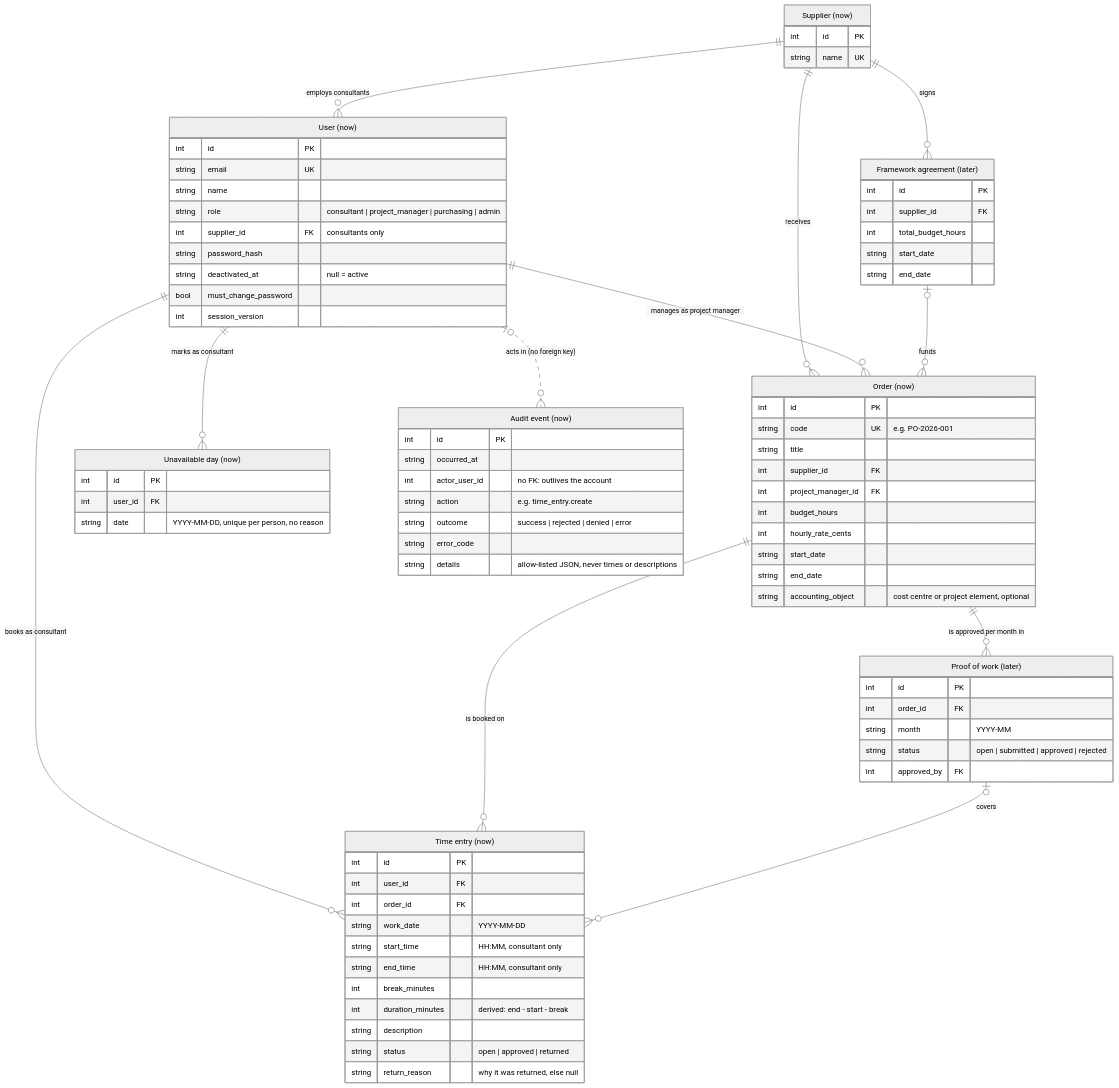
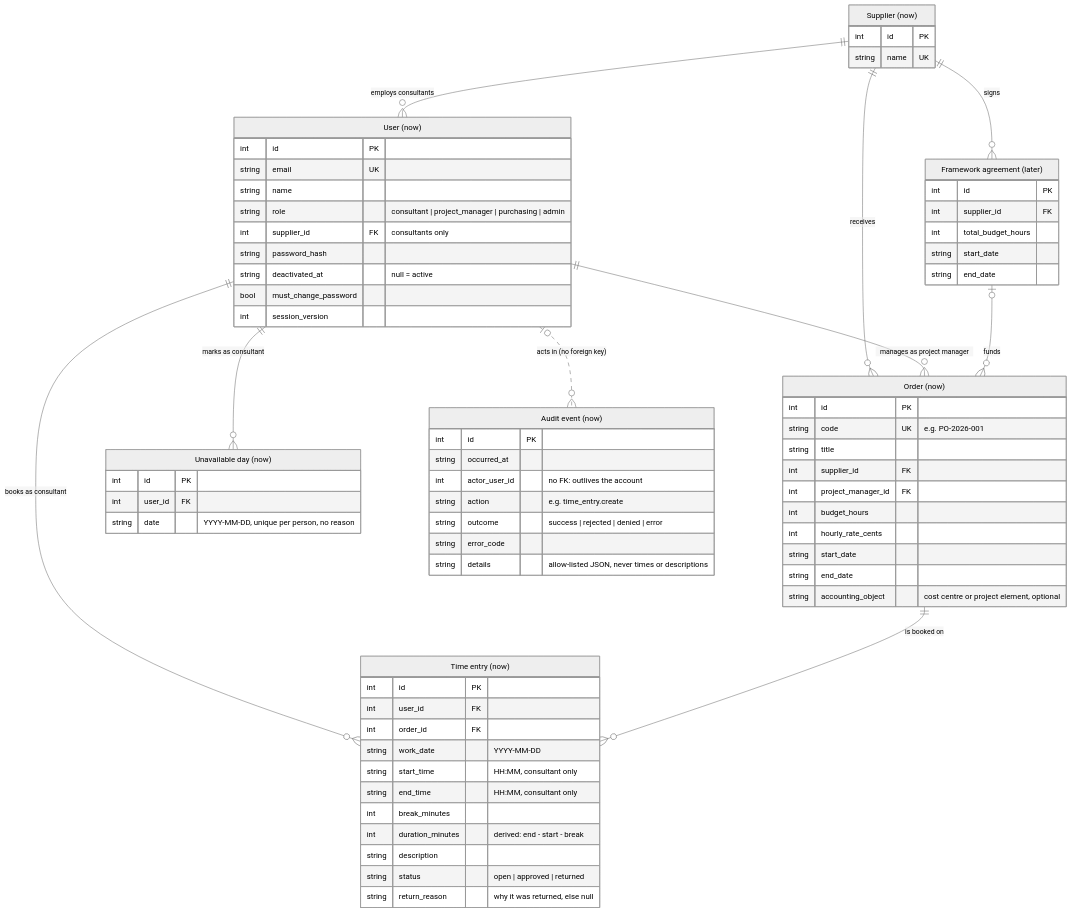
One commit to devjimah/code-six-timebooking changed the diagram in docs/domain.md. Above: the diagram before and after it, drawn with Mermaid (neutral theme). The commit also changed other lines of this file and 24 other files, not shown here.

First line of the commit message:
feat: monthly proof of work with a CSV download, and an invoice check

````diff
--- a/docs/domain.md
+++ b/docs/domain.md
@@ -43,8 +43,6 @@
 
     SUPPLIER ||--o{ FRAMEWORK_AGREEMENT : "signs"
     FRAMEWORK_AGREEMENT |o--o{ ORDER : "funds"
-    ORDER ||--o{ PROOF_OF_WORK : "is approved per month in"
-    PROOF_OF_WORK |o--o{ TIME_ENTRY : "covers"
 
     SUPPLIER["Supplier (now)"] {
         int id PK
@@ -107,11 +105,4 @@
         string start_date
         string end_date
     }
-    PROOF_OF_WORK["Proof of work (later)"] {
-        int id PK
-        int order_id FK
-        string month "YYYY-MM"
-        string status "open | submitted | approved | rejected"
-        int approved_by FK
-    }
 ```
````
